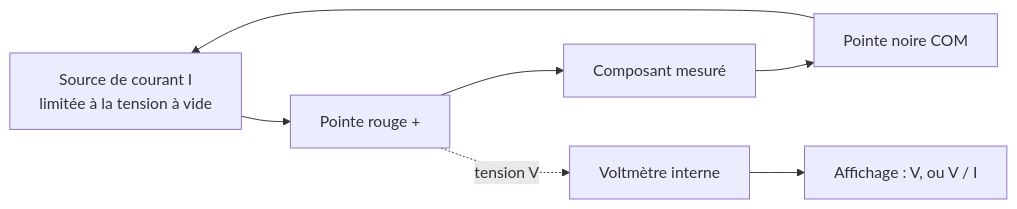
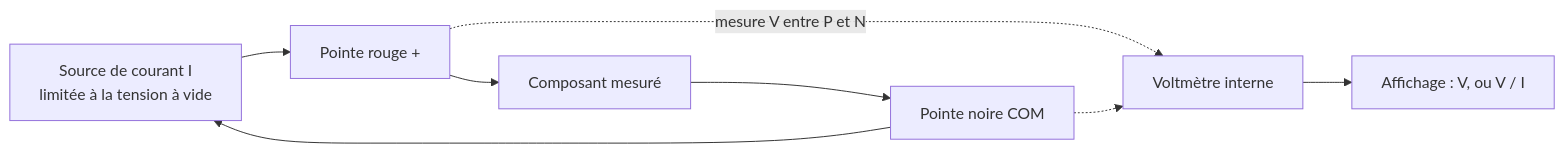
One commit to benoit-bremaud/ohm-sweet-ohm changed the first of 2 diagrams in troubleshooting/01_multimetre/README.md. Above: the diagram before and after it, drawn with Mermaid. The commit also changed other lines of this file and 2 other files, not shown here.

````diff
--- a/troubleshooting/01_multimetre/README.md
+++ b/troubleshooting/01_multimetre/README.md
@@ -22,9 +22,10 @@
 ```mermaid
 flowchart LR
   S[Source de courant I<br/>limitée à la tension à vide] --> P[Pointe rouge +]
   P --> C[Composant mesuré]
   C --> N[Pointe noire COM]
   N --> S
-  P -. tension V .-> V[Voltmètre interne]
+  P -. mesure V entre P et N .-> V[Voltmètre interne]
+  N -.-> V
   V --> A[Affichage : V, ou V / I]
 ```
````
